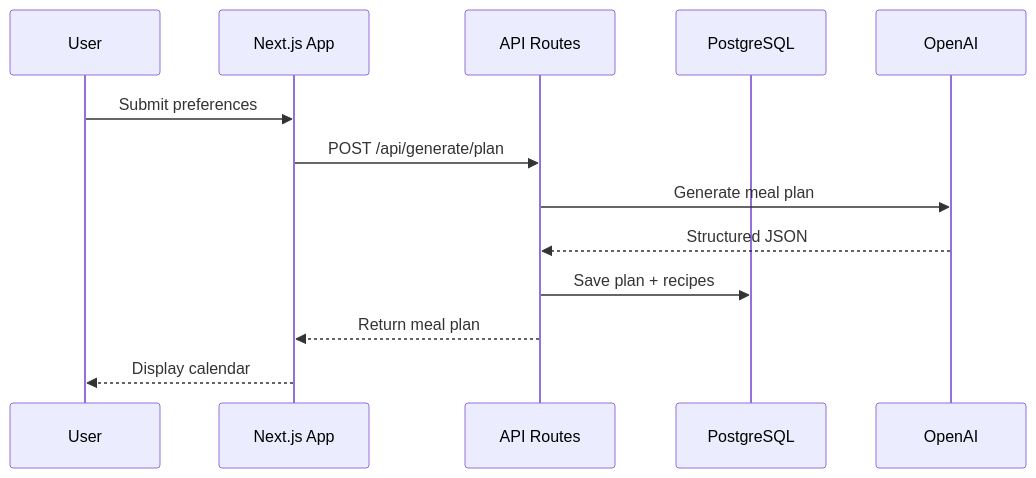
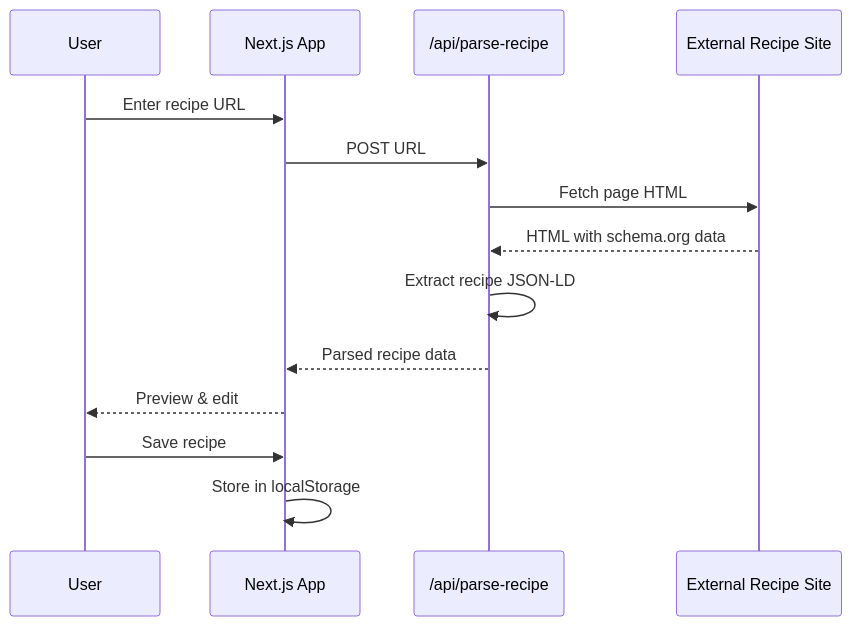
One commit to dp-lewis/food-plan changed the fifth of 5 diagrams in docs/architecture.md. Above: the diagram before and after it, drawn with Mermaid. The commit also changed other lines of this file and 5 other files, not shown here.

````diff
--- a/docs/architecture.md
+++ b/docs/architecture.md
@@ -137,16 +116,17 @@
 ```mermaid
 sequenceDiagram
     participant U as User
     participant App as Next.js App
-    participant API as API Routes
-    participant DB as PostgreSQL
-    participant AI as OpenAI
+    participant API as /api/parse-recipe
+    participant Web as External Recipe Site
 
-    U->>App: Submit preferences
-    App->>API: POST /api/generate/plan
-    API->>AI: Generate meal plan
-    AI-->>API: Structured JSON
-    API->>DB: Save plan + recipes
-    API-->>App: Return meal plan
-    App-->>U: Display calendar
+    U->>App: Enter recipe URL
+    App->>API: POST URL
+    API->>Web: Fetch page HTML
+    Web-->>API: HTML with schema.org data
+    API->>API: Extract recipe JSON-LD
+    API-->>App: Parsed recipe data
+    App-->>U: Preview & edit
+    U->>App: Save recipe
+    App->>App: Store in localStorage
 ```
````
